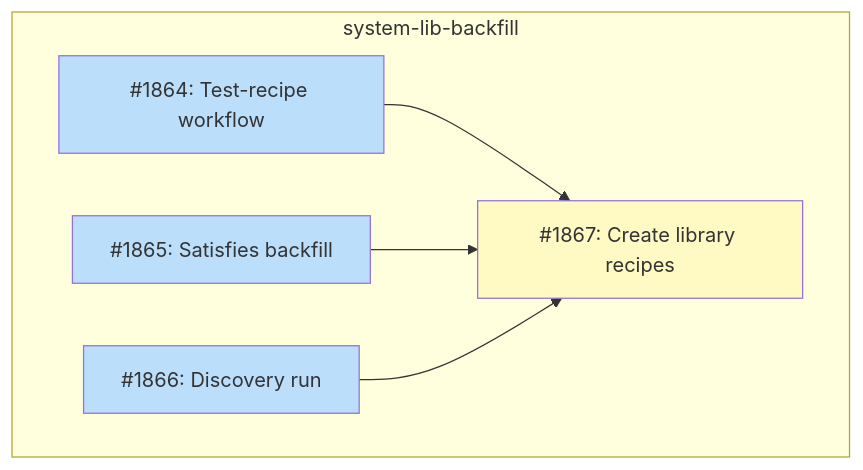
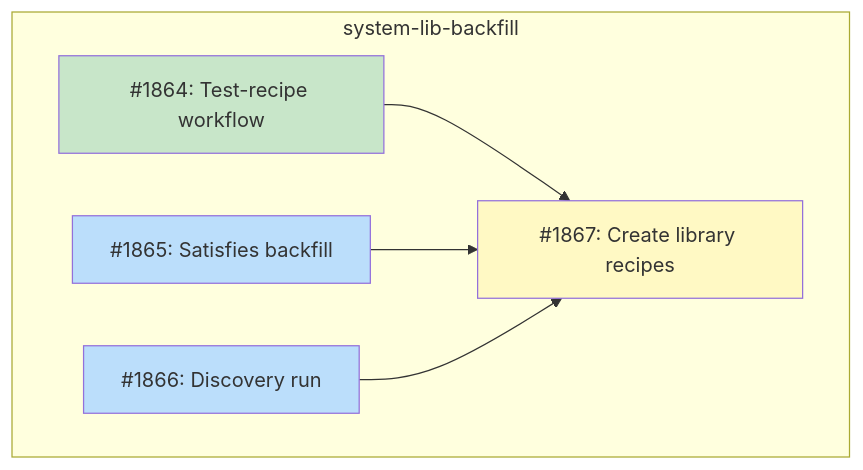
The diagram in docs/designs/DESIGN-system-lib-backfill.md (tsukumogami/tsuku), drawn with Mermaid before and after one commit. The commit also changed other lines of this file and 1 other file, not shown here.

First line of the commit message:
chore: mark #1864 as done and initialize implement-doc state

````diff
--- a/docs/designs/DESIGN-system-lib-backfill.md
+++ b/docs/designs/DESIGN-system-lib-backfill.md
@@ -59,23 +59,23 @@
 ```mermaid
 graph TD
     subgraph M_SystemLibBackfill["system-lib-backfill"]
         I1864["#1864: Test-recipe workflow"]
         I1865["#1865: Satisfies backfill"]
         I1866["#1866: Discovery run"]
         I1867["#1867: Create library recipes"]
     end
 
     I1864 --> I1867
     I1865 --> I1867
     I1866 --> I1867
 
     classDef done fill:#c8e6c9
     classDef ready fill:#bbdefb
     classDef blocked fill:#fff9c4
     classDef needsDesign fill:#e1bee7
 
-    class I1864 ready
+    class I1864 done
     class I1865 ready
     class I1866 ready
     class I1867 blocked
 ```
````
